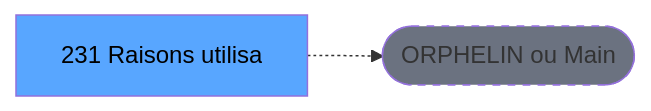
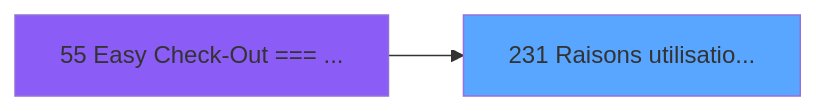
The second of 3 diagrams in .openspec/specs/ADH-IDE-231.md (thonyAGP/magic-migration), drawn with Mermaid before and after one commit. The commit also changed other lines of this file and 493 other files, not shown here.

````diff
--- a/.openspec/specs/ADH-IDE-231.md
+++ b/.openspec/specs/ADH-IDE-231.md
@@ -121,8 +217,8 @@
 ```mermaid
 graph LR
-    T[231 Raisons utilisa]
-    ORPHAN([ORPHELIN ou Main])
-    T -.-> ORPHAN
-    style T fill:#58a6ff,color:#000
-    style ORPHAN fill:#6b7280,stroke-dasharray: 5 5
+    T231[231 Raisons utilisatio...]
+    style T231 fill:#58a6ff
+    CC55[55 Easy Check-Out === ...]
+    style CC55 fill:#8b5cf6
+    CC55 --> T231
 ```
````
